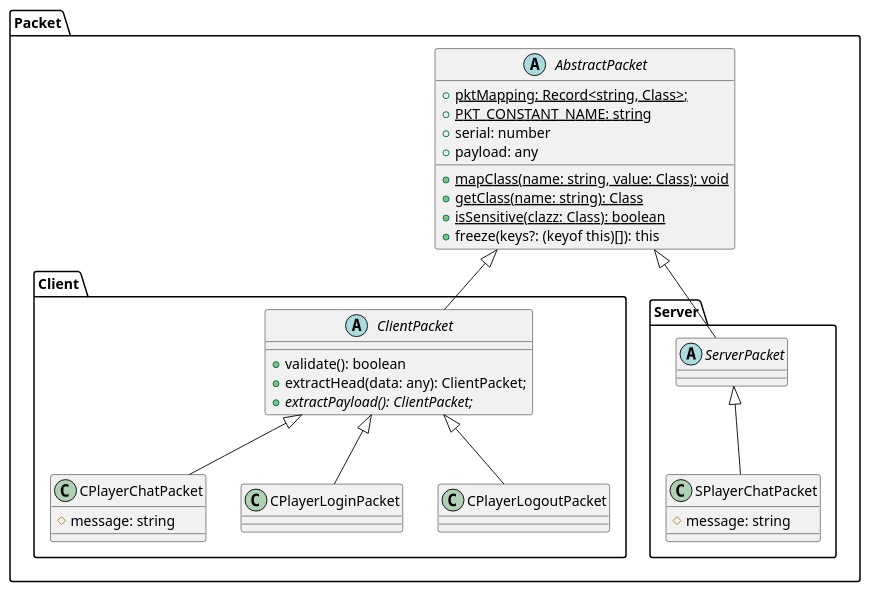
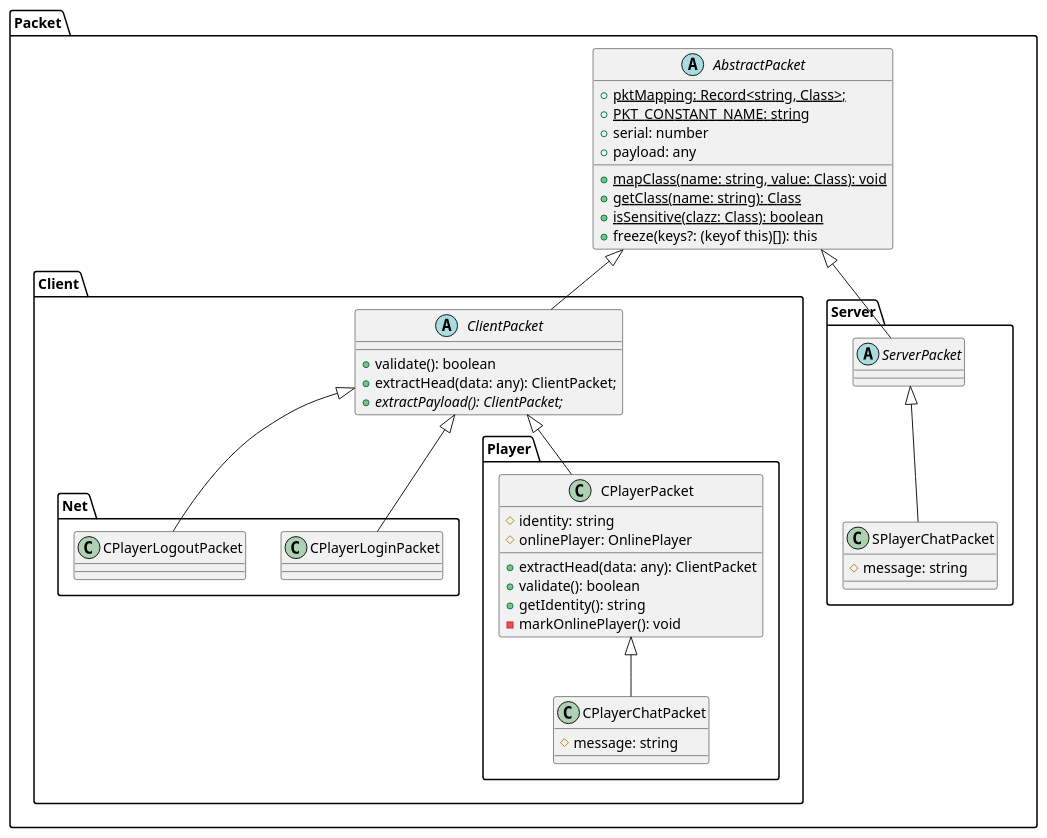
Before and after one commit to SibylForge/SibylForge: the diagram in doc/uml/class-diagram/CD-Packet.puml, drawn with PlantUML. The commit also changed 11 other files, not shown here.

Commit message:
feat(OnlinePlayer): implementation & uml

```diff
--- a/doc/uml/class-diagram/CD-Packet.puml
+++ b/doc/uml/class-diagram/CD-Packet.puml
@@ -1,39 +1,52 @@
 @startuml Packet
 
 namespace Packet {
 	abstract class AbstractPacket {
 		+{static} pktMapping: Record<string, Class>;
 		+{static} PKT_CONSTANT_NAME: string
 		+serial: number
 		+payload: any
 		+{static} mapClass(name: string, value: Class): void
 		+{static} getClass(name: string): Class
 		+{static} isSensitive(clazz: Class): boolean
 		+freeze(keys?: (keyof this)[]): this
 	}
 
 	namespace Client {
 		abstract class ClientPacket extends .Packet.AbstractPacket {
 			+validate(): boolean
 			+extractHead(data: any): ClientPacket;
 			+{abstract} extractPayload(): ClientPacket;
 		}
 
-		class CPlayerChatPacket extends ClientPacket {
-			#message: string
+		namespace Net {
+			class CPlayerLoginPacket extends .Packet.Client.ClientPacket {}
+			class CPlayerLogoutPacket extends .Packet.Client.ClientPacket {}
 		}
 
-		class CPlayerLoginPacket extends ClientPacket {}
-		class CPlayerLogoutPacket extends ClientPacket {}
+		namespace Player {
+			class CPlayerPacket extends .Packet.Client.ClientPacket {
+				#identity: string
+				#onlinePlayer: OnlinePlayer
+				+extractHead(data: any): ClientPacket
+				+validate(): boolean
+				+getIdentity(): string
+				-markOnlinePlayer(): void
+			}
+
+			class CPlayerChatPacket extends CPlayerPacket {
+				#message: string
+			}
+		}
 	}
 
 	namespace Server {
 		abstract class ServerPacket extends .Packet.AbstractPacket {}
 
 		class SPlayerChatPacket extends ServerPacket {
 			#message: string
 		}
 	}
 }
 
 @enduml
```
